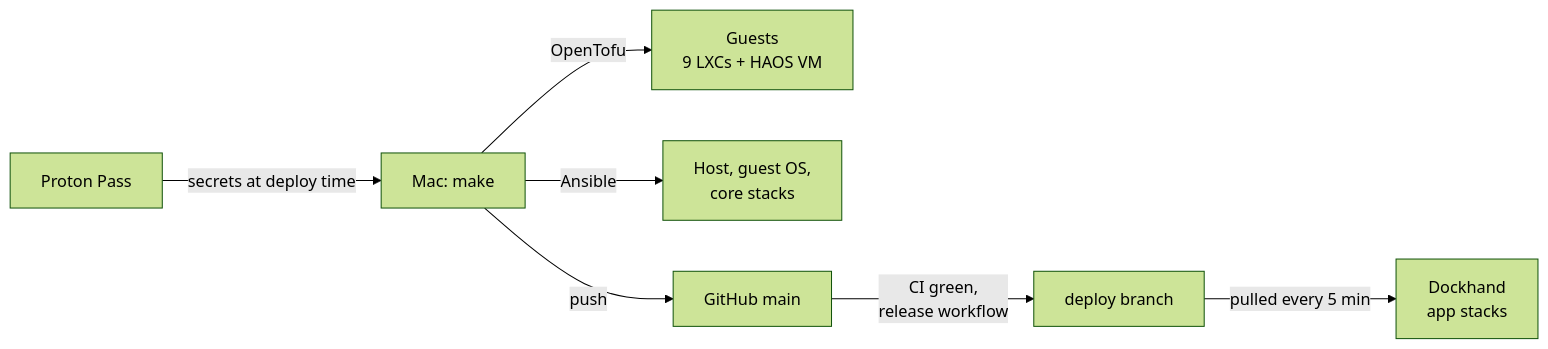
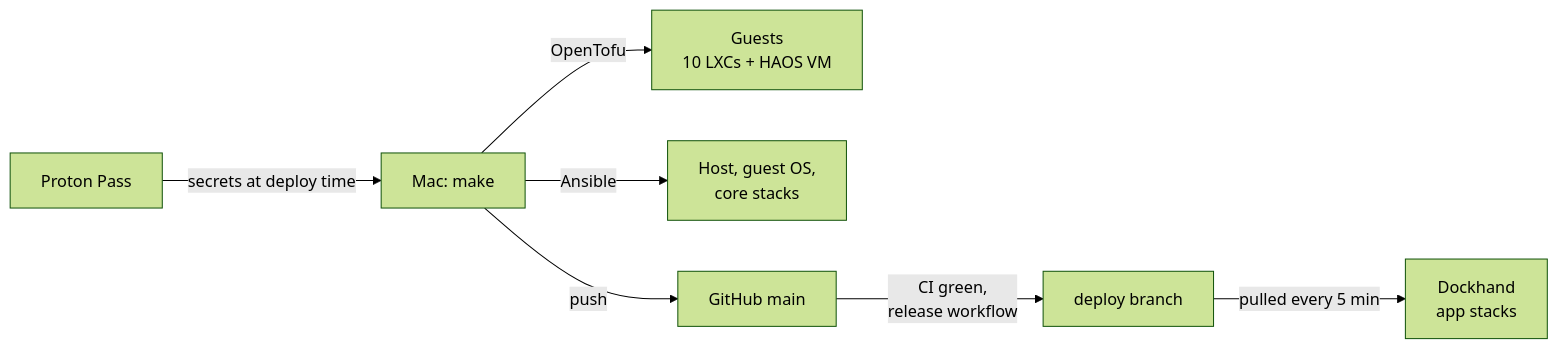
The diagram in README.md (atahan99/proxmox-infra-iac), drawn with Mermaid (forest theme) before and after one commit. The commit also changed other lines of this file and 21 other files, not shown here.

````diff
--- a/README.md
+++ b/README.md
@@ -36,8 +36,8 @@
 ```mermaid
 flowchart LR
-  Mac["Mac: make"] -- "OpenTofu" --> G["Guests<br/>9 LXCs + HAOS VM"]
+  Mac["Mac: make"] -- "OpenTofu" --> G["Guests<br/>10 LXCs + HAOS VM"]
   Mac -- "Ansible" --> H["Host, guest OS,<br/>core stacks"]
   PP["Proton Pass"] -- "secrets at deploy time" --> Mac
   Mac -- "push" --> GH["GitHub main"] -- "CI green,<br/>release workflow" --> DB["deploy branch"]
   DB -- "pulled every 5 min" --> D["Dockhand<br/>app stacks"]
 ```
````
